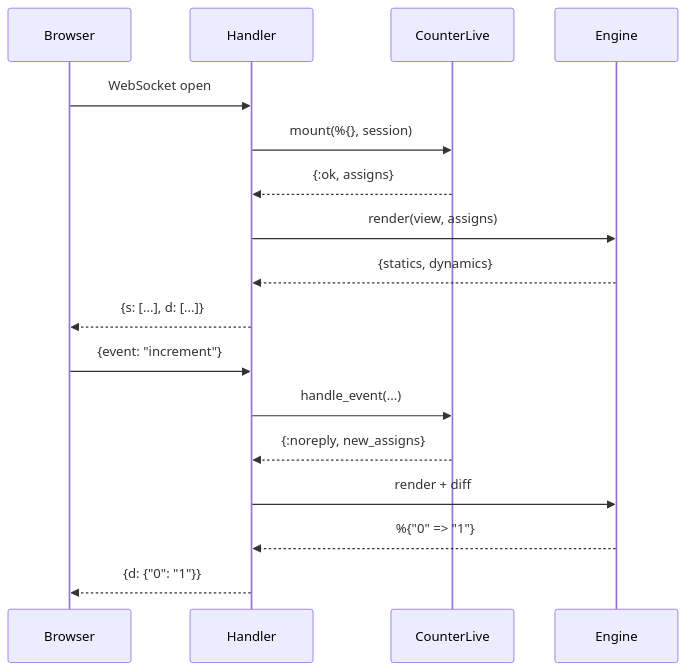
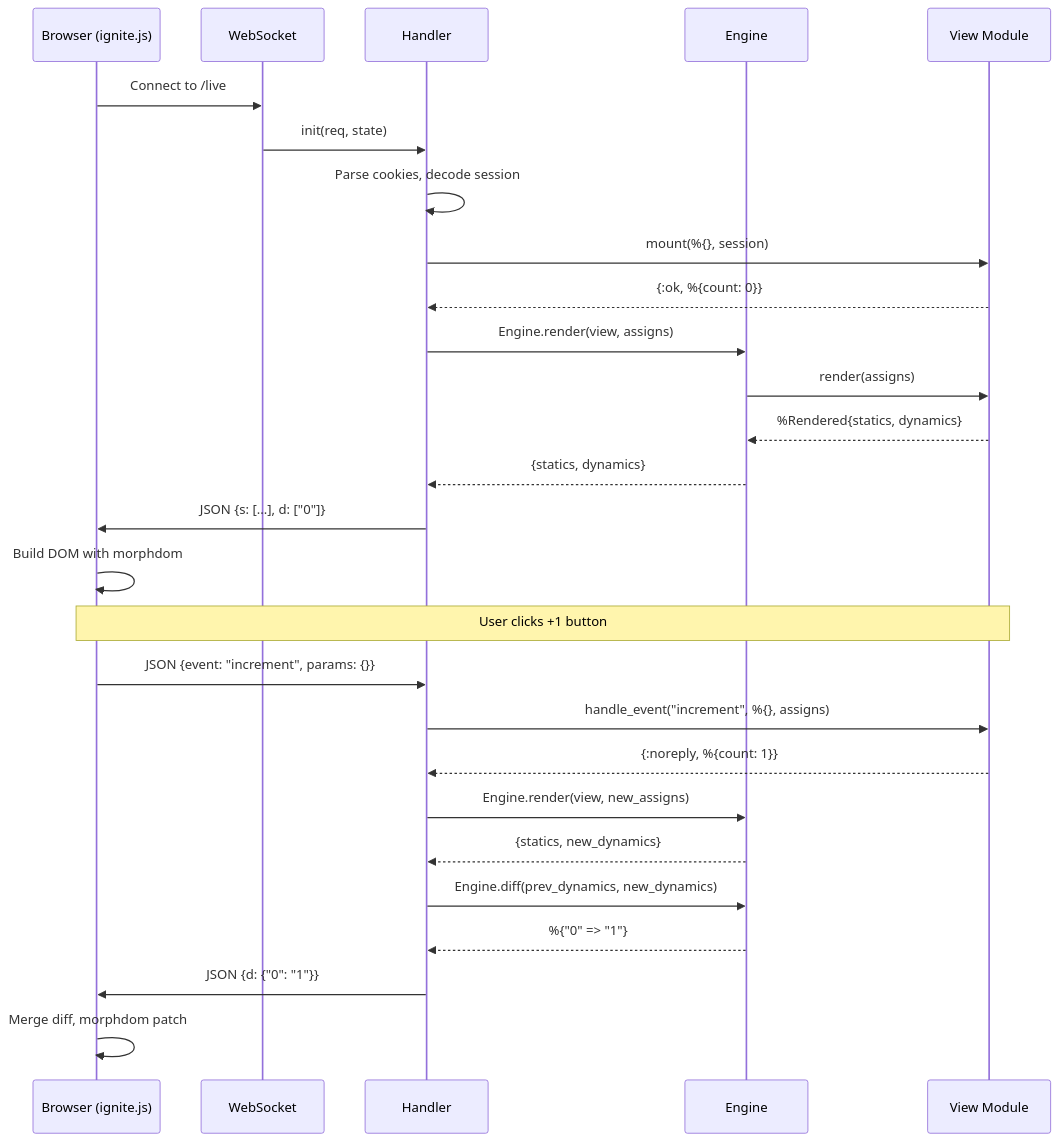
Before and after one commit to rajeshpillai/elixir-byowf: the diagram in course/flows/liveview-mount-and-event.md, drawn with Mermaid. The commit also changed other lines of this file and 26 other files, not shown here.

````diff
--- a/course/flows/liveview-mount-and-event.md
+++ b/course/flows/liveview-mount-and-event.md
@@ -25,19 +120,32 @@
 ```mermaid
 sequenceDiagram
-    participant B as Browser
+    participant B as Browser (ignite.js)
+    participant WS as WebSocket
     participant H as Handler
-    participant V as CounterLive
     participant E as Engine
-    B->>H: WebSocket open
+    participant V as View Module
+
+    B->>WS: Connect to /live
+    WS->>H: init(req, state)
+    H->>H: Parse cookies, decode session
     H->>V: mount(%{}, session)
-    V-->>H: {:ok, assigns}
-    H->>E: render(view, assigns)
+    V-->>H: {:ok, %{count: 0}}
+    H->>E: Engine.render(view, assigns)
+    E->>V: render(assigns)
+    V-->>E: %Rendered{statics, dynamics}
     E-->>H: {statics, dynamics}
-    H-->>B: {s: [...], d: [...]}
-    B->>H: {event: "increment"}
-    H->>V: handle_event(...)
-    V-->>H: {:noreply, new_assigns}
-    H->>E: render + diff
+    H->>B: JSON {s: [...], d: ["0"]}
+    B->>B: Build DOM with morphdom
+
+    Note over B,V: User clicks +1 button
+
+    B->>H: JSON {event: "increment", params: {}}
+    H->>V: handle_event("increment", %{}, assigns)
+    V-->>H: {:noreply, %{count: 1}}
+    H->>E: Engine.render(view, new_assigns)
+    E-->>H: {statics, new_dynamics}
+    H->>E: Engine.diff(prev_dynamics, new_dynamics)
     E-->>H: %{"0" => "1"}
-    H-->>B: {d: {"0": "1"}}
+    H->>B: JSON {d: {"0": "1"}}
+    B->>B: Merge diff, morphdom patch
 ```
````
